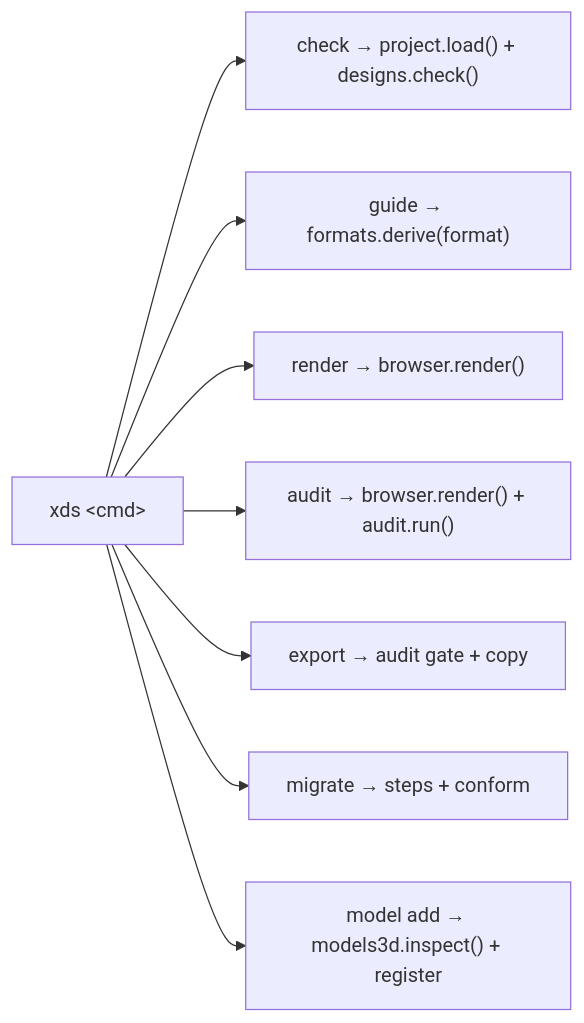
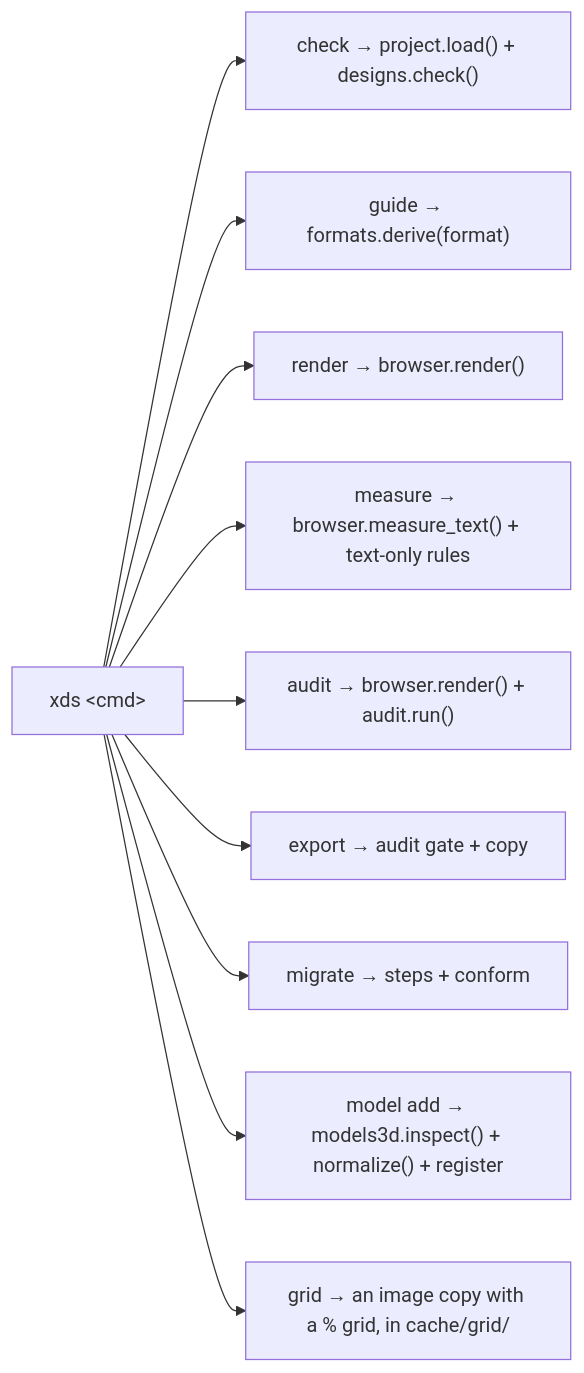
Before and after one commit to AvikArefin/xds: the third of 5 diagrams in docs/dataflow.md, drawn with Mermaid. The commit also changed other lines of this file and 57 other files, not shown here.

First line of the commit message:
Fewer render rounds: measure and stack text, place objects, fix models

````diff
--- a/docs/dataflow.md
+++ b/docs/dataflow.md
@@ -126,10 +126,12 @@
 ```mermaid
 flowchart LR
   CLI["xds &lt;cmd&gt;"] --> check["check → project.load() + designs.check()"]
   CLI --> guide["guide → formats.derive(format)"]
   CLI --> render["render → browser.render()"]
+  CLI --> measure["measure → browser.measure_text() + text-only rules"]
   CLI --> audit["audit → browser.render() + audit.run()"]
   CLI --> export["export → audit gate + copy"]
   CLI --> migrate["migrate → steps + conform"]
-  CLI --> model["model add → models3d.inspect() + register"]
+  CLI --> model["model add → models3d.inspect() + normalize() + register"]
+  CLI --> grid["grid → an image copy with a % grid, in cache/grid/"]
 ```
````
